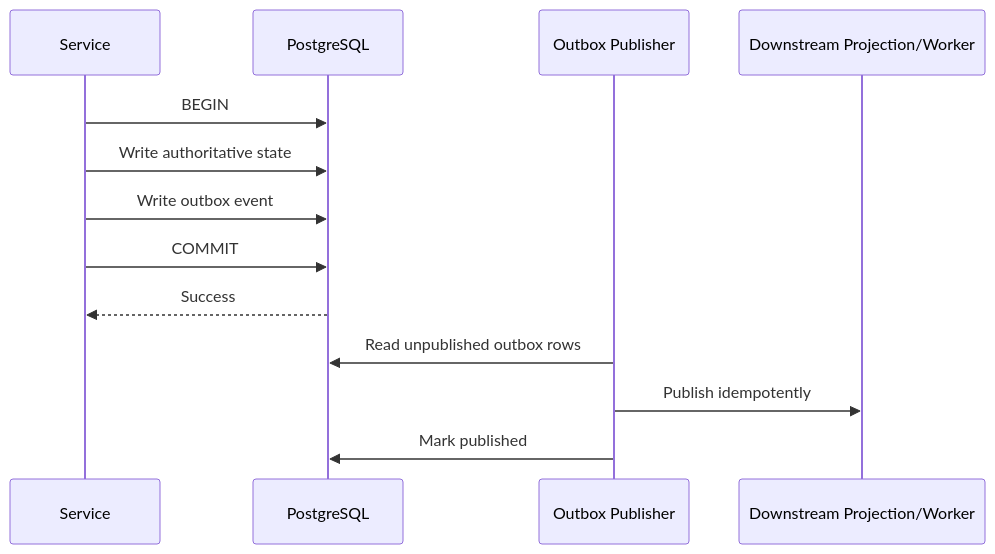
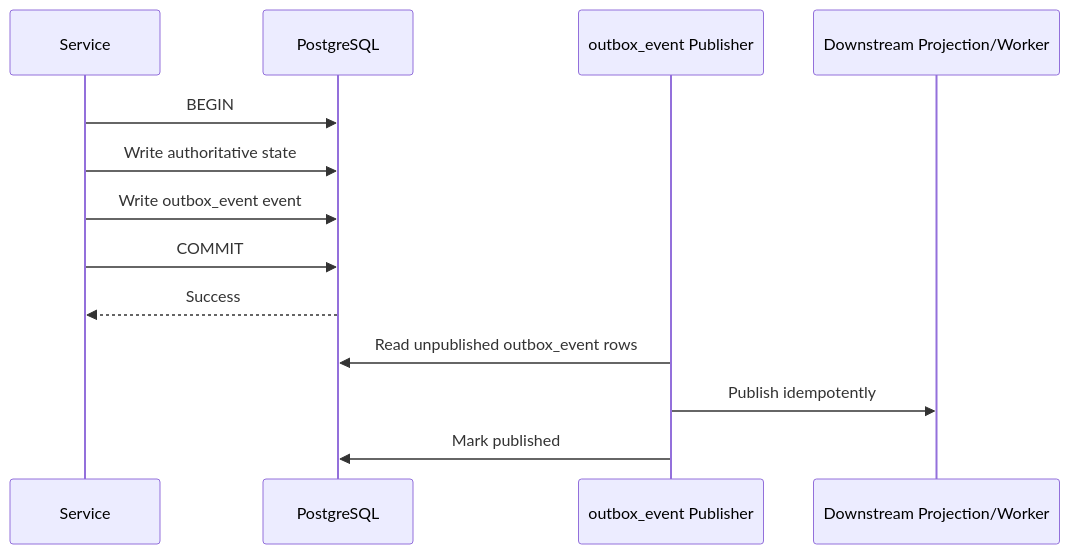
One commit to goutam-git/quickbooks-business-network-design changed the eighth of 9 diagrams in README.md. Above: the diagram before and after it, drawn with Mermaid. The commit also changed other lines of this file, not shown here.

````diff
--- a/README.md
+++ b/README.md
@@ -1291,17 +1278,17 @@
 ``` mermaid
 sequenceDiagram
     participant S as Service
     participant PG as PostgreSQL
-    participant P as Outbox Publisher
+    participant P as outbox_event Publisher
     participant D as Downstream Projection/Worker
 
     S->>PG: BEGIN
     S->>PG: Write authoritative state
-    S->>PG: Write outbox event
+    S->>PG: Write outbox_event event
     S->>PG: COMMIT
     PG-->>S: Success
 
-    P->>PG: Read unpublished outbox rows
+    P->>PG: Read unpublished outbox_event rows
     P->>D: Publish idempotently
     P->>PG: Mark published
 ```
````
